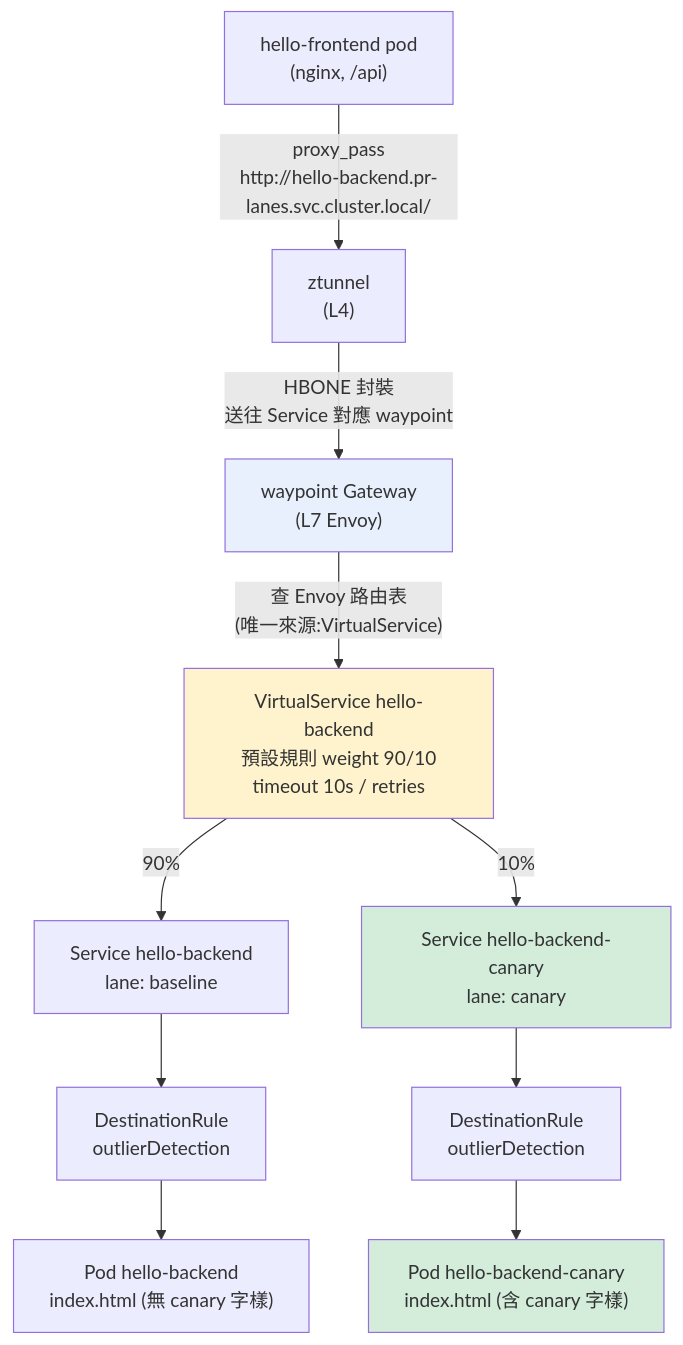
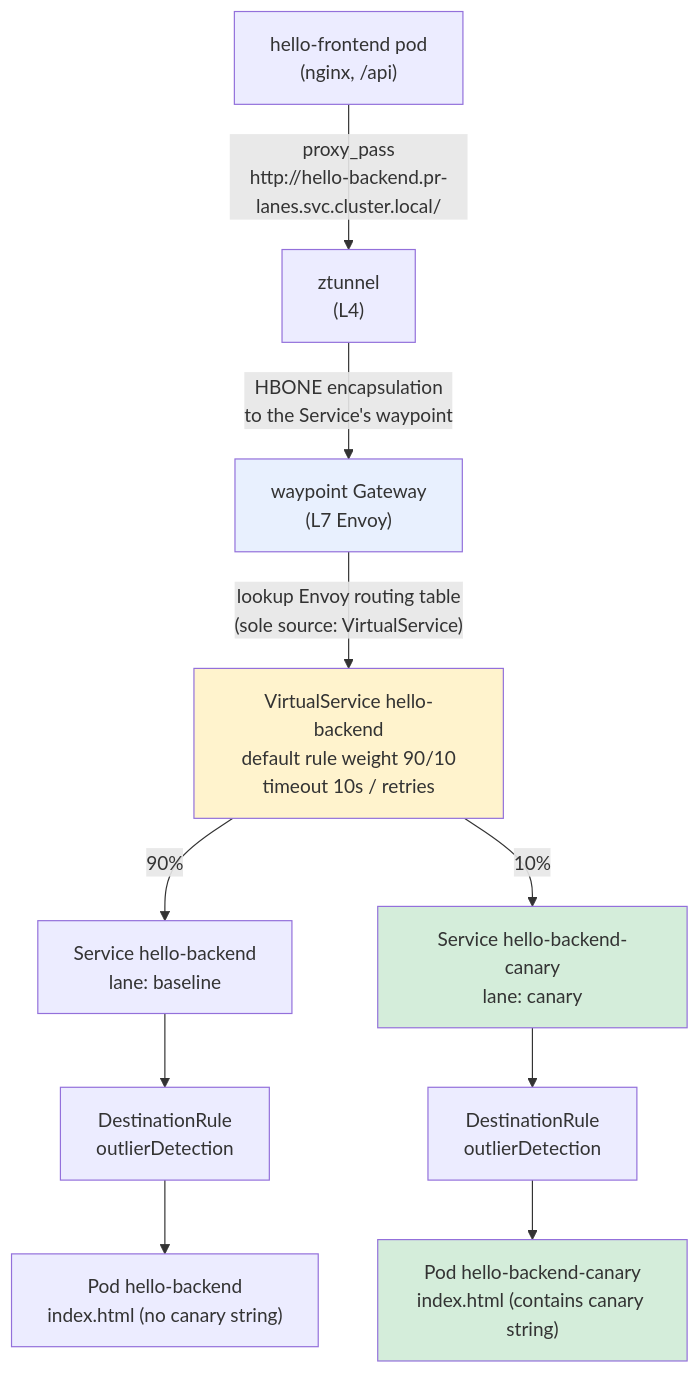
One commit to Jeromefromcn/docker-gitops changed the first of 2 diagrams in docs/misc/2026-08-27-k3s-phase-i-canary-implementation.md. Above: the diagram before and after it, drawn with Mermaid. The commit also changed other lines of this file and 155 other files, not shown here.

````diff
--- a/docs/misc/2026-08-27-k3s-phase-i-canary-implementation.md
+++ b/docs/misc/2026-08-27-k3s-phase-i-canary-implementation.md
@@ -44,22 +44,22 @@
 ```mermaid
 flowchart TD
     FE["hello-frontend pod<br/>(nginx, /api)"]
     ZT["ztunnel<br/>(L4)"]
     WP["waypoint Gateway<br/>(L7 Envoy)"]
-    VS["VirtualService hello-backend<br/>預設規則 weight 90/10<br/>timeout 10s / retries"]
+    VS["VirtualService hello-backend<br/>default rule weight 90/10<br/>timeout 10s / retries"]
 
     FE -- "proxy_pass<br/>http://hello-backend.pr-lanes.svc.cluster.local/" --> ZT
-    ZT -- "HBONE 封裝<br/>送往 Service 對應 waypoint" --> WP
-    WP -- "查 Envoy 路由表<br/>(唯一來源:VirtualService)" --> VS
+    ZT -- "HBONE encapsulation<br/>to the Service's waypoint" --> WP
+    WP -- "lookup Envoy routing table<br/>(sole source: VirtualService)" --> VS
     VS -- "90%" --> SVC1["Service hello-backend<br/>lane: baseline"]
     VS -- "10%" --> SVC2["Service hello-backend-canary<br/>lane: canary"]
     SVC1 --> DR1["DestinationRule<br/>outlierDetection"]
     SVC2 --> DR2["DestinationRule<br/>outlierDetection"]
-    DR1 --> P1["Pod hello-backend<br/>index.html (無 canary 字樣)"]
-    DR2 --> P2["Pod hello-backend-canary<br/>index.html (含 canary 字樣)"]
+    DR1 --> P1["Pod hello-backend<br/>index.html (no canary string)"]
+    DR2 --> P2["Pod hello-backend-canary<br/>index.html (contains canary string)"]
 
     style WP fill:#e8f0fe
     style VS fill:#fff3cd
     style SVC2 fill:#d4edda
     style P2 fill:#d4edda
 ```
````
